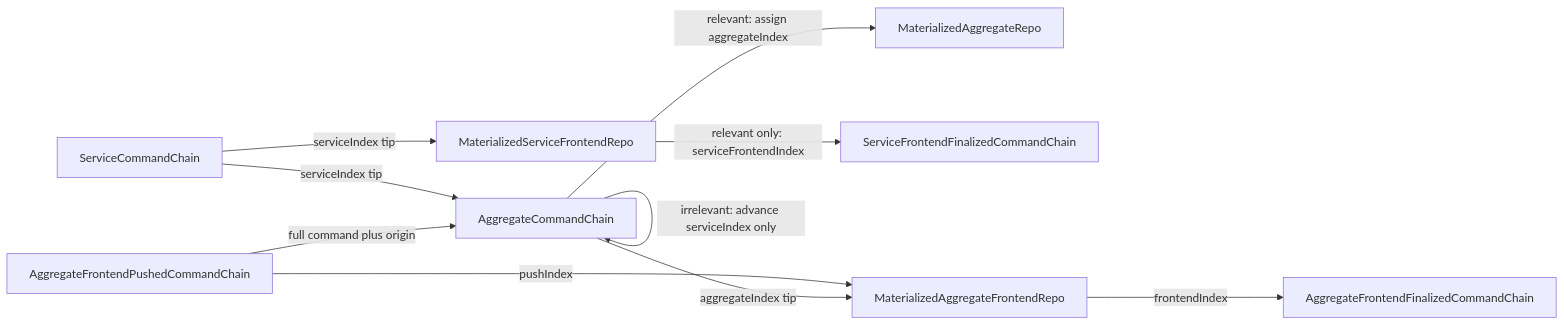
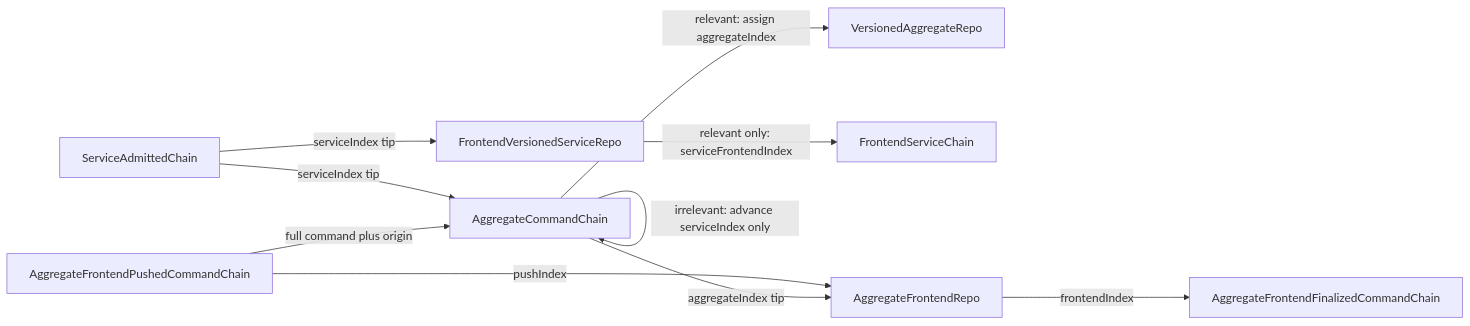
One commit to morgs32/qrk.sh changed the third of 4 diagrams in wiki/dev/diagrams/KappaArchitecture.md. Above: the diagram before and after it, drawn with Mermaid. The commit also changed other lines of this file and 1046 other files, not shown here.

````diff
--- a/wiki/dev/diagrams/KappaArchitecture.md
+++ b/wiki/dev/diagrams/KappaArchitecture.md
@@ -98,14 +100,14 @@
 ```mermaid
 flowchart LR
-  ServiceCommandChain -->|serviceIndex tip| AggregateCommandChain
+  ServiceAdmittedChain -->|serviceIndex tip| AggregateCommandChain
   AggregateCommandChain -->|irrelevant: advance serviceIndex only| AggregateCommandChain
-  AggregateCommandChain -->|relevant: assign aggregateIndex| MaterializedAggregateRepo
+  AggregateCommandChain -->|relevant: assign aggregateIndex| VersionedAggregateRepo
 
-  AggregateFrontendPushedCommandChain -->|pushIndex| MaterializedAggregateFrontendRepo
+  AggregateFrontendPushedCommandChain -->|pushIndex| AggregateFrontendRepo
   AggregateFrontendPushedCommandChain -->|full command plus origin| AggregateCommandChain
-  AggregateCommandChain -->|aggregateIndex tip| MaterializedAggregateFrontendRepo
-  MaterializedAggregateFrontendRepo -->|frontendIndex| AggregateFrontendFinalizedCommandChain
+  AggregateCommandChain -->|aggregateIndex tip| AggregateFrontendRepo
+  AggregateFrontendRepo -->|frontendIndex| AggregateFrontendFinalizedCommandChain
 
-  ServiceCommandChain -->|serviceIndex tip| MaterializedServiceFrontendRepo
-  MaterializedServiceFrontendRepo -->|relevant only: serviceFrontendIndex| ServiceFrontendFinalizedCommandChain
+  ServiceAdmittedChain -->|serviceIndex tip| FrontendVersionedServiceRepo
+  FrontendVersionedServiceRepo -->|relevant only: serviceFrontendIndex| FrontendServiceChain
 ```
````
